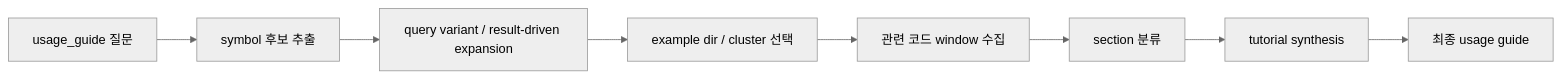
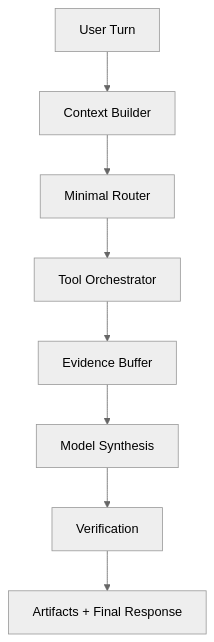
The diagram in docs/02-design/에이전트_상세_설계.md (needitem/pixllm), drawn with Mermaid (neutral theme) before and after one commit. The commit also changed other lines of this file and 94 other files, not shown here.

````diff
--- a/docs/02-design/에이전트_상세_설계.md
+++ b/docs/02-design/에이전트_상세_설계.md
@@ -176,10 +36,10 @@
 ```mermaid
-flowchart LR
-    Q["usage_guide 질문"] --> S["symbol 후보 추출"]
-    S --> R["query variant / result-driven expansion"]
-    R --> E["example dir / cluster 선택"]
-    E --> C["관련 코드 window 수집"]
-    C --> SEC["section 분류"]
-    SEC --> SYN["tutorial synthesis"]
-    SYN --> A["최종 usage guide"]
+flowchart TD
+    A["User Turn"] --> B["Context Builder"]
+    B --> C["Minimal Router"]
+    C --> D["Tool Orchestrator"]
+    D --> E["Evidence Buffer"]
+    E --> F["Model Synthesis"]
+    F --> G["Verification"]
+    G --> H["Artifacts + Final Response"]
 ```
````
